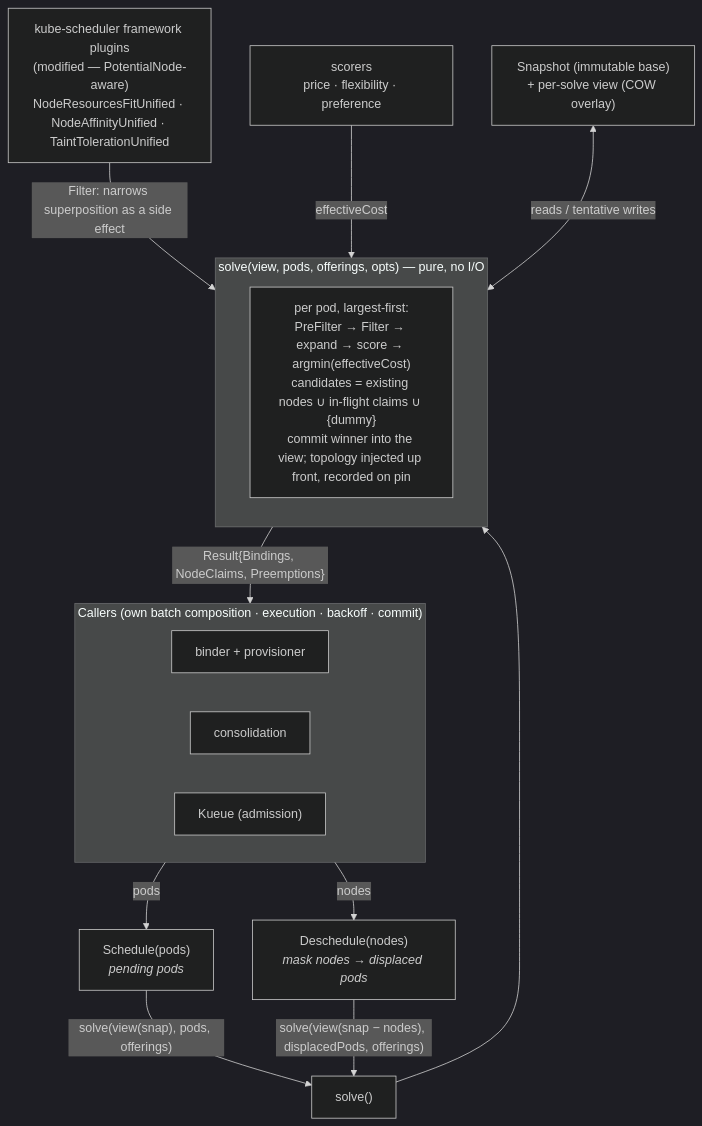
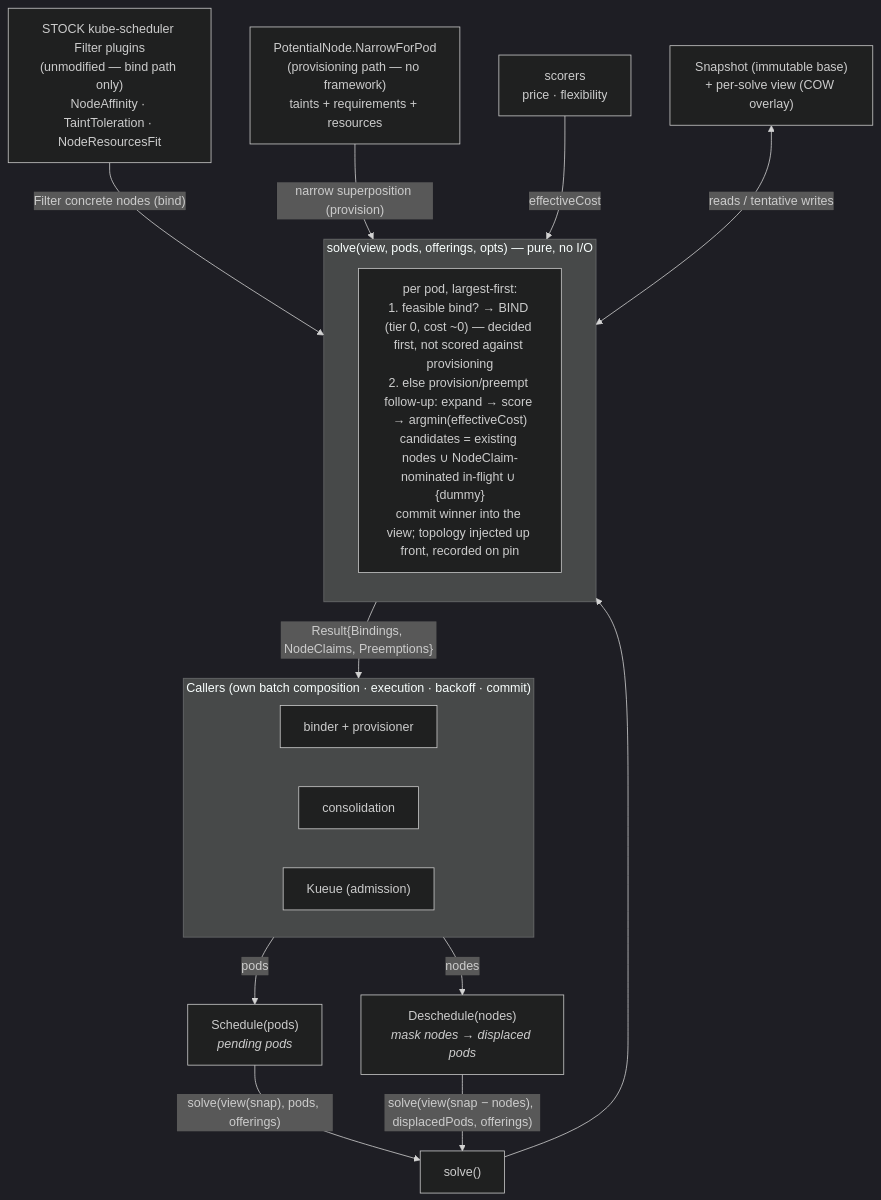
One commit to DerekFrank/kubernetes changed the diagram in pkg/scheduler/unified/poc-design-decisions.md. Above: the diagram before and after it, drawn with Mermaid (dark theme). The commit also changed other lines of this file and 19 other files, not shown here.

First line of the commit message:
unified: bind-first, waterfall preempt/provision, stock-plugin split, and provisioning solver portfolio

````diff
--- a/pkg/scheduler/unified/poc-design-decisions.md
+++ b/pkg/scheduler/unified/poc-design-decisions.md
@@ -16,33 +16,35 @@
 ```mermaid
 flowchart TB
     subgraph callers["Callers (own batch composition · execution · backoff · commit)"]
         binder["binder + provisioner"]
         consol["consolidation"]
         kueue["Kueue (admission)"]
     end
 
     sched["Schedule(pods)<br/><i>pending pods</i>"]
     desched["Deschedule(nodes)<br/><i>mask nodes → displaced pods</i>"]
 
     callers -->|"pods"| sched
     callers -->|"nodes"| desched
 
     sched -->|"solve(view(snap), pods, offerings)"| solve
     desched -->|"solve(view(snap − nodes), displacedPods, offerings)"| solve
 
     subgraph engine["solve(view, pods, offerings, opts) — pure, no I/O"]
         direction TB
-        loop["per pod, largest-first:<br/>PreFilter → Filter → expand → score → argmin(effectiveCost)<br/>candidates = existing nodes ∪ in-flight claims ∪ {dummy}<br/>commit winner into the view; topology injected up front, recorded on pin"]
+        loop["per pod, largest-first:<br/>1. feasible bind? → BIND (tier 0, cost ~0) — decided first, not scored against provisioning<br/>2. else provision/preempt follow-up: expand → score → argmin(effectiveCost)<br/>candidates = existing nodes ∪ NodeClaim-nominated in-flight ∪ {dummy}<br/>commit winner into the view; topology injected up front, recorded on pin"]
     end
     solve["solve()"] --> engine
 
-    plugins["kube-scheduler framework plugins<br/>(modified — PotentialNode-aware)<br/>NodeResourcesFitUnified · NodeAffinityUnified · TaintTolerationUnified"]
-    scorers["scorers<br/>price · flexibility · preference"]
+    plugins["STOCK kube-scheduler Filter plugins<br/>(unmodified — bind path only)<br/>NodeAffinity · TaintToleration · NodeResourcesFit"]
+    narrow["PotentialNode.NarrowForPod<br/>(provisioning path — no framework)<br/>taints + requirements + resources"]
+    scorers["scorers<br/>price · flexibility"]
     snap["Snapshot (immutable base)<br/>+ per-solve view (COW overlay)"]
 
-    plugins -->|"Filter: narrows superposition as a side effect"| engine
+    plugins -->|"Filter concrete nodes (bind)"| engine
+    narrow -->|"narrow superposition (provision)"| engine
     scorers -->|"effectiveCost"| engine
     snap <-->|"reads / tentative writes"| engine
 
     engine -->|"Result{Bindings, NodeClaims, Preemptions}"| callers
 ```
````
